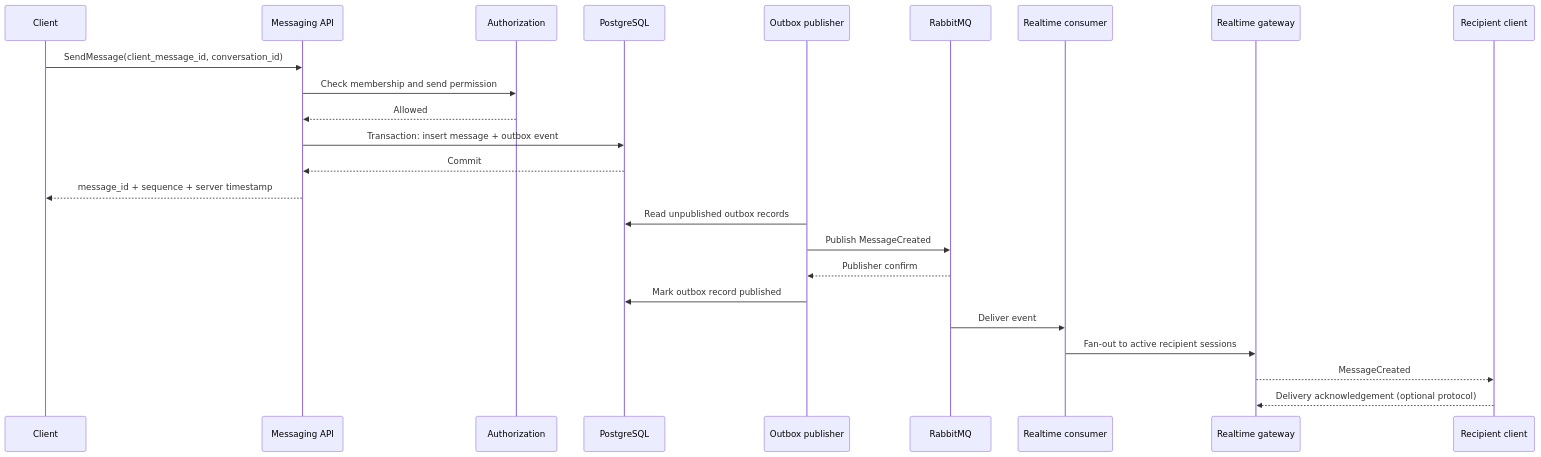
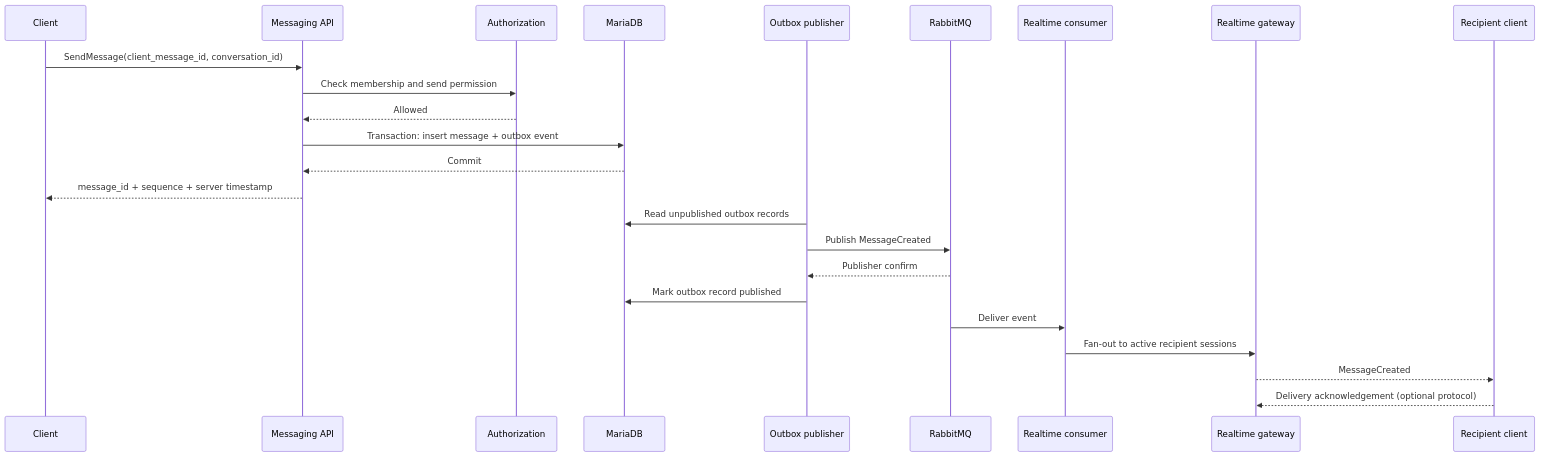
Before and after one commit to heldertheking/ExoChat: the second of 2 diagrams in docs/ARCHITECTURE.md, drawn with Mermaid. The commit also changed other lines of this file and 7 other files, not shown here.

````diff
--- a/docs/ARCHITECTURE.md
+++ b/docs/ARCHITECTURE.md
@@ -89,27 +89,27 @@
 ```mermaid
 sequenceDiagram
     participant C as Client
     participant API as Messaging API
     participant Z as Authorization
-    participant DB as PostgreSQL
+    participant DB as MariaDB
     participant O as Outbox publisher
     participant MQ as RabbitMQ
     participant RT as Realtime consumer
     participant G as Realtime gateway
     participant R as Recipient client
 
     C->>API: SendMessage(client_message_id, conversation_id)
     API->>Z: Check membership and send permission
     Z-->>API: Allowed
     API->>DB: Transaction: insert message + outbox event
     DB-->>API: Commit
     API-->>C: message_id + sequence + server timestamp
     O->>DB: Read unpublished outbox records
     O->>MQ: Publish MessageCreated
     MQ-->>O: Publisher confirm
     O->>DB: Mark outbox record published
     MQ->>RT: Deliver event
     RT->>G: Fan-out to active recipient sessions
     G-->>R: MessageCreated
     R-->>G: Delivery acknowledgement (optional protocol)
 ```
````
